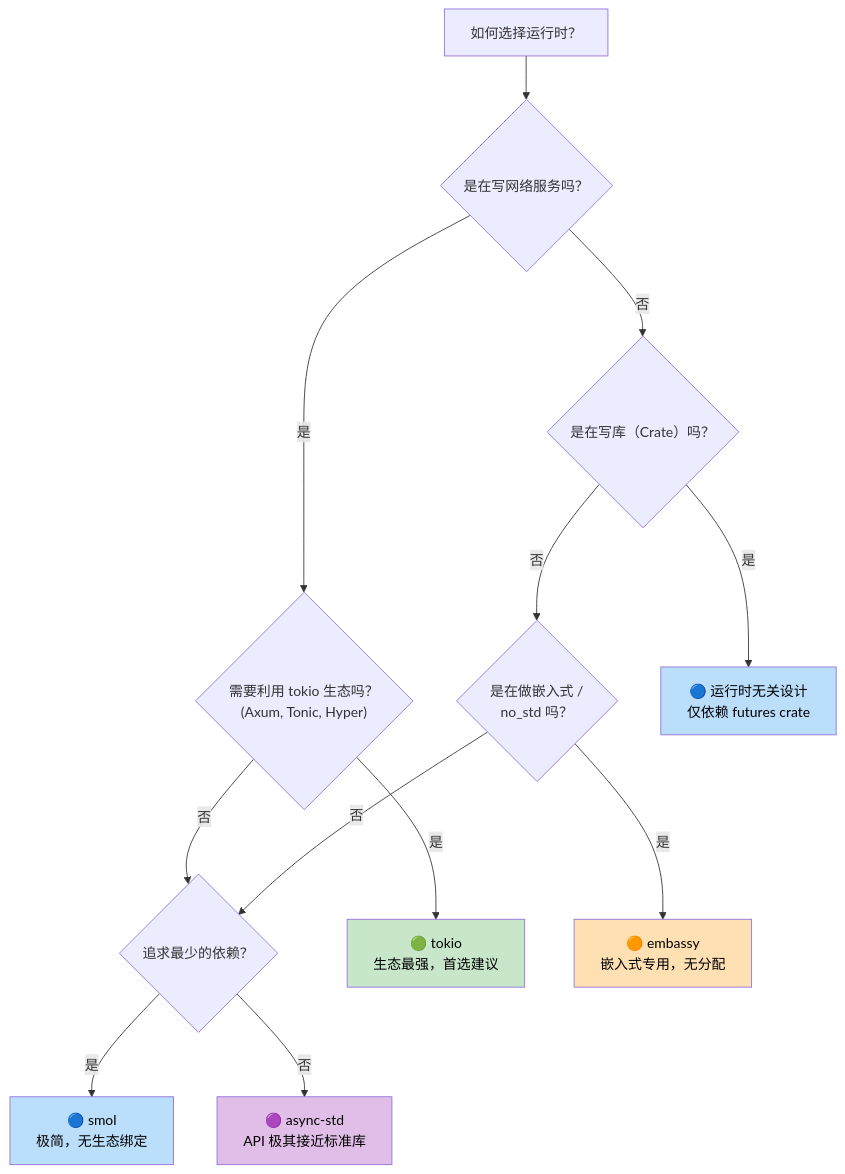
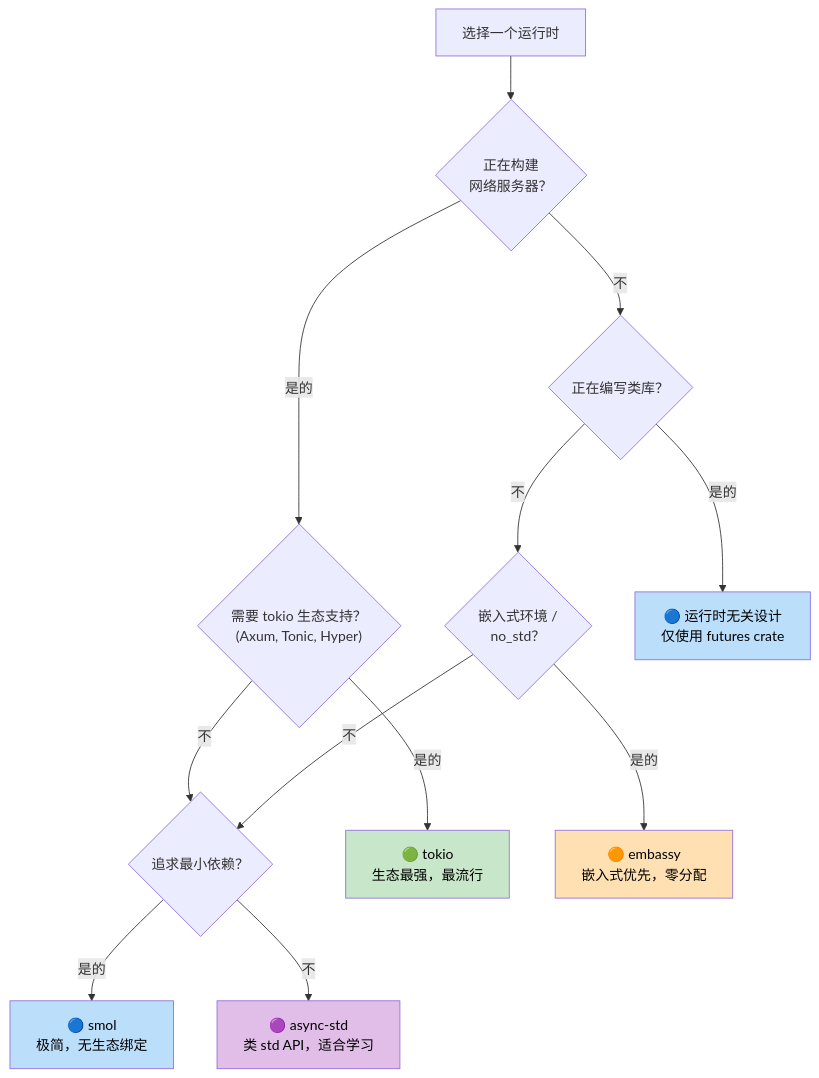
One commit to veegn/rust-training-zh changed the third of 3 diagrams in async-book/src/zh/ch07-executors-and-runtimes.md. Above: the diagram before and after it, drawn with Mermaid. The commit also changed other lines of this file and 354 other files, not shown here.

````diff
--- a/async-book/src/zh/ch07-executors-and-runtimes.md
+++ b/async-book/src/zh/ch07-executors-and-runtimes.md
@@ -167,34 +232,34 @@
 ```mermaid
 graph TD
-    START["如何选择运行时？"]
+    START["选择一个运行时"]
 
-    Q1{"是在写网络服务吗？"}
-    Q2{"需要利用 tokio 生态吗？<br/>(Axum, Tonic, Hyper)"}
-    Q3{"是在写库（Crate）吗？"}
-    Q4{"是在做嵌入式 /<br/>no_std 吗？"}
-    Q5{"追求最少的依赖？"}
+    Q1{"正在构建<br/>网络服务器？"}
+    Q2{"需要 tokio 生态支持？<br/>(Axum, Tonic, Hyper)"}
+    Q3{"正在编写类库？"}
+    Q4{"嵌入式环境 /<br/>no_std？"}
+    Q5{"追求最小依赖？"}
 
-    TOKIO["🟢 tokio<br/>生态最强，首选建议"]
+    TOKIO["🟢 tokio<br/>生态最强，最流行"]
     SMOL["🔵 smol<br/>极简，无生态绑定"]
-    EMBASSY["🟠 embassy<br/>嵌入式专用，无分配"]
-    ASYNC_STD["🟣 async-std<br/>API 极其接近标准库"]
-    AGNOSTIC["🔵 运行时无关设计<br/>仅依赖 futures crate"]
+    EMBASSY["🟠 embassy<br/>嵌入式优先，零分配"]
+    ASYNC_STD["🟣 async-std<br/>类 std API，适合学习"]
+    AGNOSTIC["🔵 运行时无关设计<br/>仅使用 futures crate"]
 
     START --> Q1
-    Q1 -->|是| Q2
-    Q1 -->|否| Q3
-    Q2 -->|是| TOKIO
-    Q2 -->|否| Q5
-    Q3 -->|是| AGNOSTIC
-    Q3 -->|否| Q4
-    Q4 -->|是| EMBASSY
-    Q4 -->|否| Q5
-    Q5 -->|是| SMOL
-    Q5 -->|否| ASYNC_STD
+    Q1 -->|是的| Q2
+    Q1 -->|不| Q3
+    Q2 -->|是的| TOKIO
+    Q2 -->|不| Q5
+    Q3 -->|是的| AGNOSTIC
+    Q3 -->|不| Q4
+    Q4 -->|是的| EMBASSY
+    Q4 -->|不| Q5
+    Q5 -->|是的| SMOL
+    Q5 -->|不| ASYNC_STD
 
     style TOKIO fill:#c8e6c9,color:#000
     style SMOL fill:#bbdefb,color:#000
     style EMBASSY fill:#ffe0b2,color:#000
     style ASYNC_STD fill:#e1bee7,color:#000
     style AGNOSTIC fill:#bbdefb,color:#000
 ```
````
